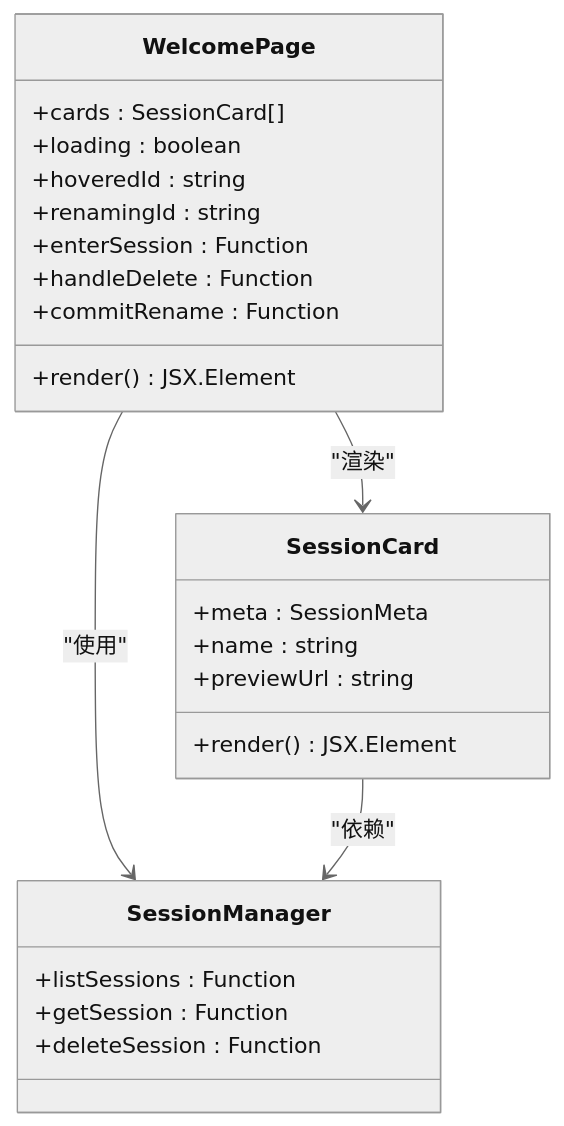
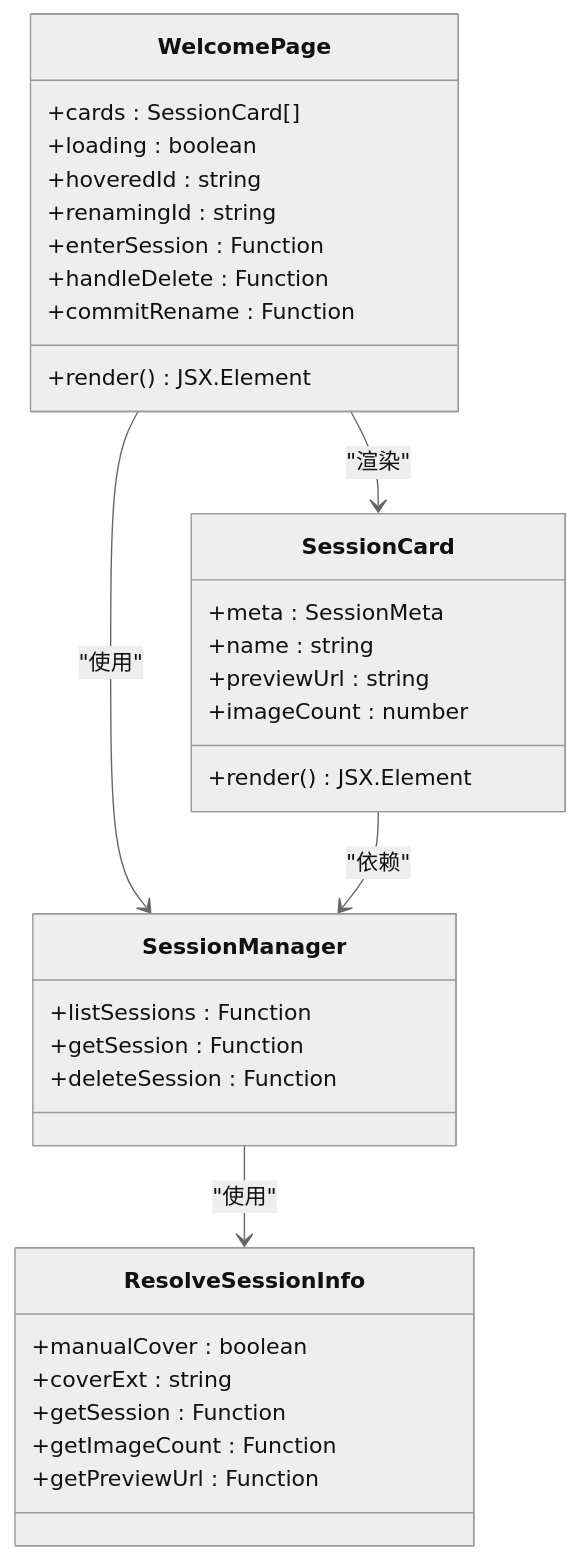
Diagram 11 of 15 in .qoder/repowiki/zh/content/项目概述/技术架构概览/前端架构设计/路由与导航设计.md (billye220670/CorineKit_Pix2Real), drawn with Mermaid (neutral theme) before and after one commit. The commit also changed other lines of this file and 33 other files, not shown here.

````diff
--- a/.qoder/repowiki/zh/content/项目概述/技术架构概览/前端架构设计/路由与导航设计.md
+++ b/.qoder/repowiki/zh/content/项目概述/技术架构概览/前端架构设计/路由与导航设计.md
@@ -413,27 +422,36 @@
 ```mermaid
 classDiagram
 class WelcomePage {
 +cards : SessionCard[]
 +loading : boolean
 +hoveredId : string
 +renamingId : string
 +enterSession : Function
 +handleDelete : Function
 +commitRename : Function
 +render() JSX.Element
 }
 class SessionCard {
 +meta : SessionMeta
 +name : string
 +previewUrl : string
++imageCount : number
 +render() JSX.Element
 }
 class SessionManager {
 +listSessions : Function
 +getSession : Function
 +deleteSession : Function
 }
+class ResolveSessionInfo {
++manualCover : boolean
++coverExt : string
++getSession : Function
++getImageCount : Function
++getPreviewUrl : Function
+}
 WelcomePage --> SessionCard : "渲染"
 WelcomePage --> SessionManager : "使用"
 SessionCard --> SessionManager : "依赖"
+SessionManager --> ResolveSessionInfo : "使用"
 ```
````
